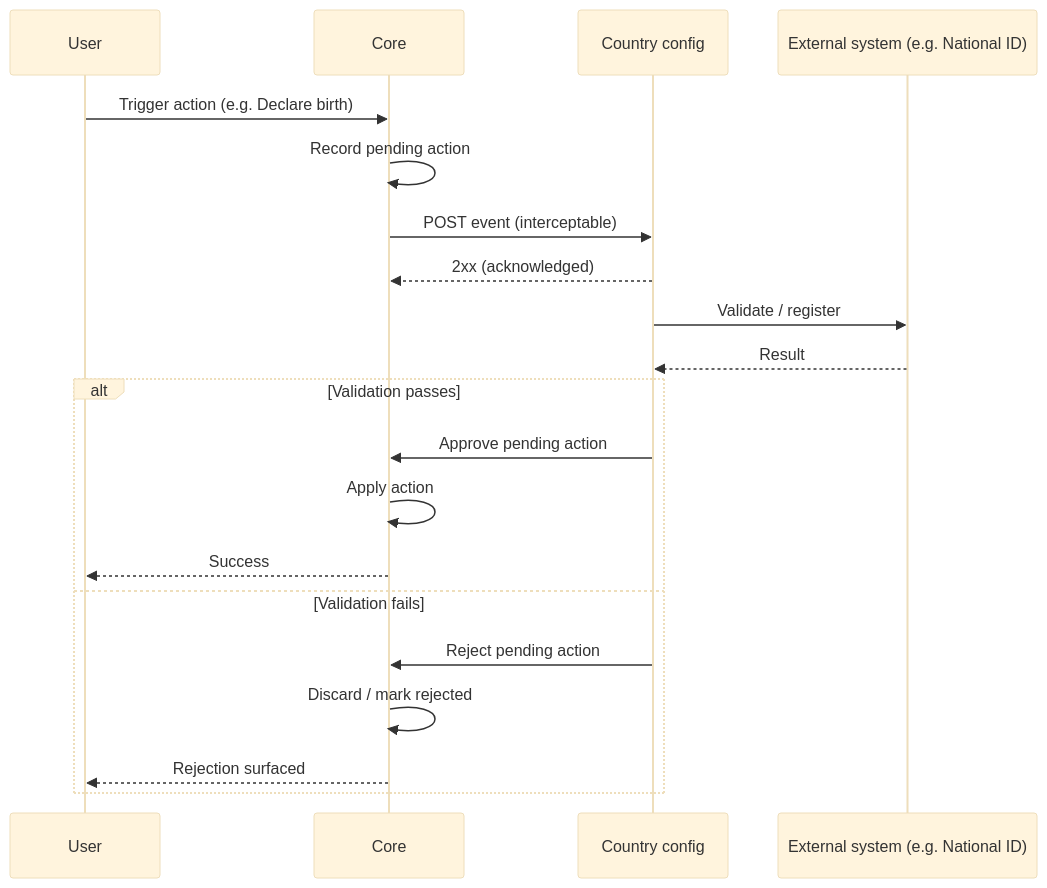
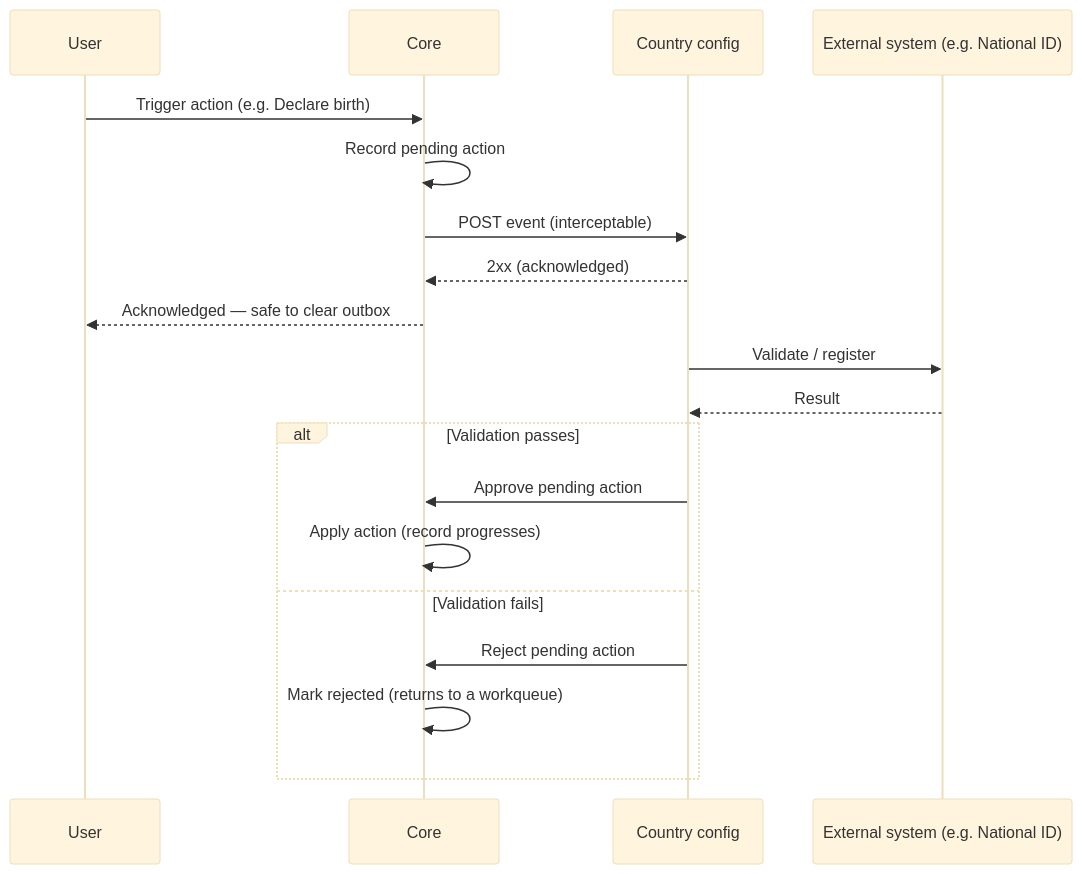
Before and after one commit to opencrvs/documentation: the third of 4 diagrams in v2.0.0-latest/technical/architecture/integration-architecture.md, drawn with Mermaid (base theme). The commit also changed other lines of this file, not shown here.

Commit message:
GITBOOK-202: No subject

````diff
--- a/v2.0.0-latest/technical/architecture/integration-architecture.md
+++ b/v2.0.0-latest/technical/architecture/integration-architecture.md
@@ -83,25 +86,24 @@
 ```mermaid
 sequenceDiagram
   participant User
   participant Core
   participant CC as Country config
   participant NID as External system (e.g. National ID)
 
   User->>Core: Trigger action (e.g. Declare birth)
   Core->>Core: Record pending action
   Core->>CC: POST event (interceptable)
   CC-->>Core: 2xx (acknowledged)
+  Core-->>User: Acknowledged — safe to clear outbox
 
   CC->>NID: Validate / register
   NID-->>CC: Result
 
   alt Validation passes
     CC->>Core: Approve pending action
-    Core->>Core: Apply action
-    Core-->>User: Success
+    Core->>Core: Apply action (record progresses)
   else Validation fails
     CC->>Core: Reject pending action
-    Core->>Core: Discard / mark rejected
-    Core-->>User: Rejection surfaced
+    Core->>Core: Mark rejected (returns to a workqueue)
   end
 ```
````
